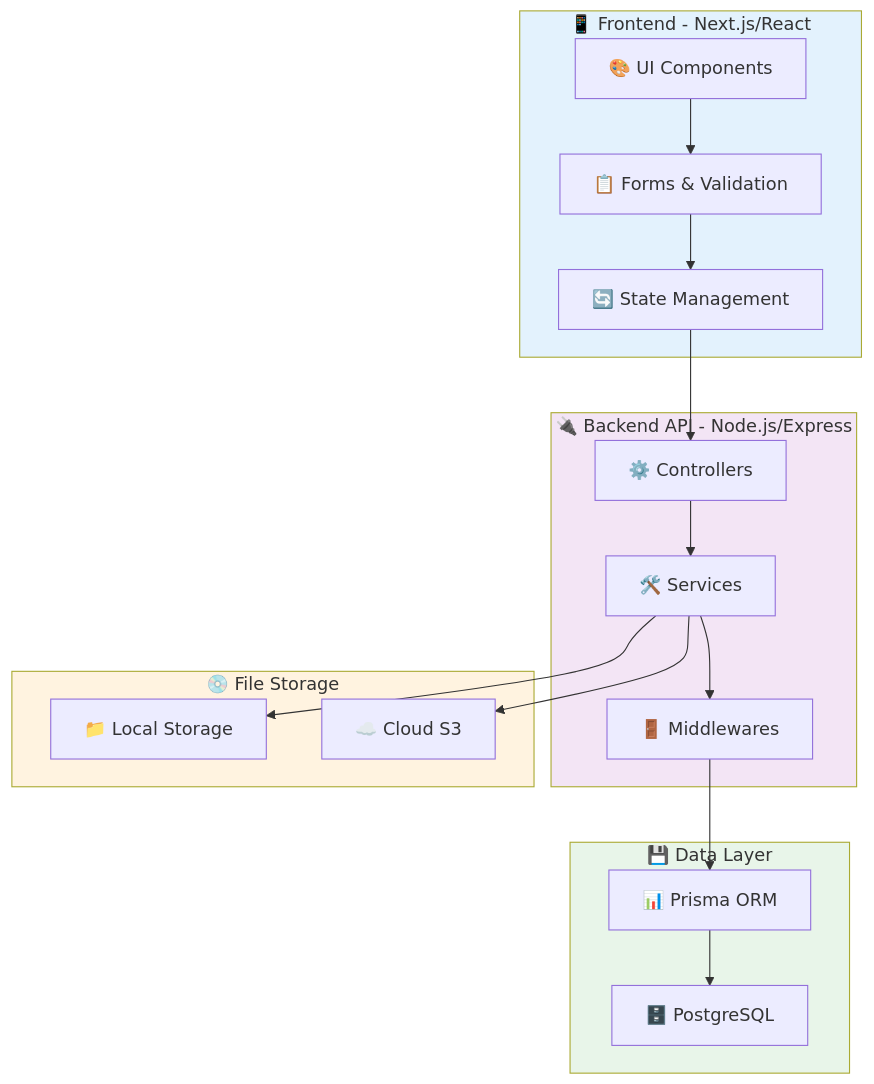
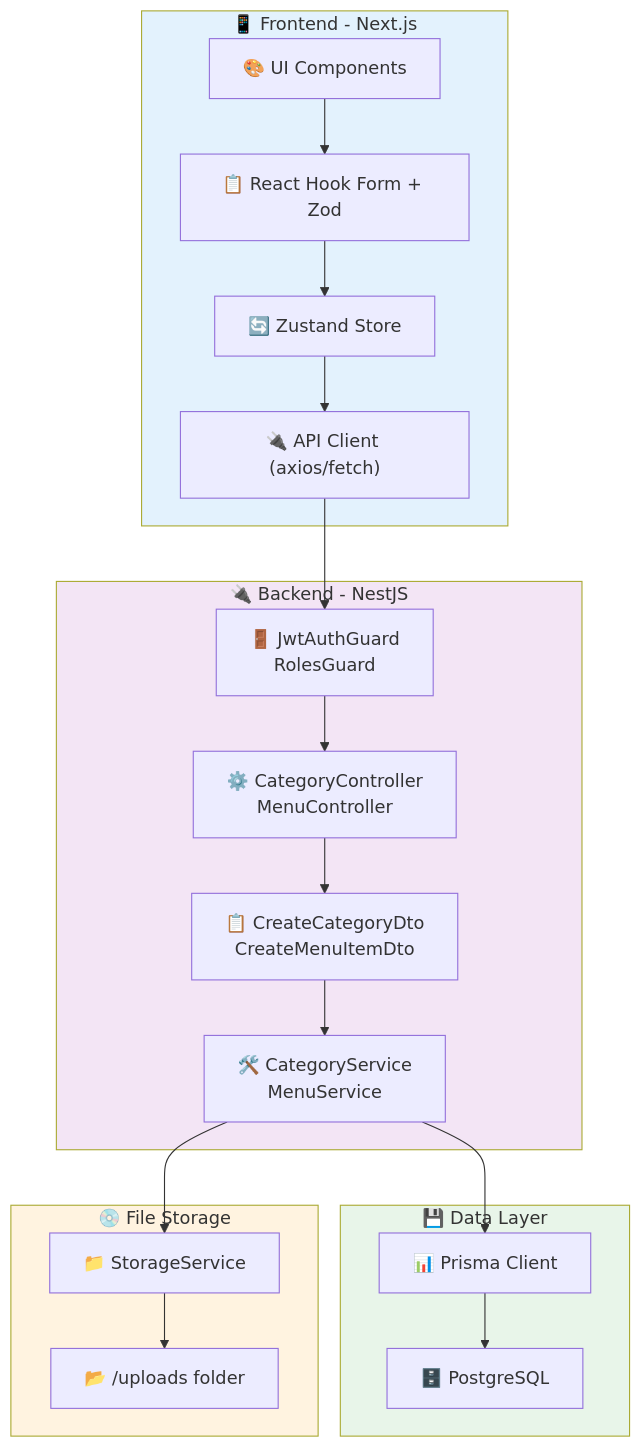
One commit to huy1235588/restaurant-management changed the ninth of 12 diagrams in docs/diagrams/MENU_MANAGEMENT_DIAGRAMS.md. Above: the diagram before and after it, drawn with Mermaid. The commit also changed other lines of this file and 18 other files, not shown here.

Commit message:
Update documentation for Order Management, Reservation Management, and Staff Management modules to reflect real-world implementation as of June 2025. Enhance data structures, API endpoints, and feature descriptions while noting future development plans and integration details.

````diff
--- a/docs/diagrams/MENU_MANAGEMENT_DIAGRAMS.md
+++ b/docs/diagrams/MENU_MANAGEMENT_DIAGRAMS.md
@@ -405,39 +298,43 @@
 ```mermaid
 graph TB
-    subgraph Client["📱 Frontend - Next.js/React"]
+    subgraph Client["📱 Frontend - Next.js"]
         UI["🎨 UI Components"]
-        Forms["📋 Forms & Validation"]
-        State["🔄 State Management"]
+        Forms["📋 React Hook Form + Zod"]
+        State["🔄 Zustand Store"]
+        API_Client["🔌 API Client (axios/fetch)"]
     end
 
-    subgraph API["🔌 Backend API - Node.js/Express"]
-        Controllers["⚙️ Controllers"]
-        Services["🛠️ Services"]
-        Middlewares["🚪 Middlewares"]
+    subgraph Server["🔌 Backend - NestJS"]
+        Controllers["⚙️ CategoryController<br/>MenuController"]
+        Services["🛠️ CategoryService<br/>MenuService"]
+        Guards["🚪 JwtAuthGuard<br/>RolesGuard"]
+        DTOs["📋 CreateCategoryDto<br/>CreateMenuItemDto"]
     end
 
     subgraph Data["💾 Data Layer"]
-        ORM["📊 Prisma ORM"]
+        Prisma["📊 Prisma Client"]
         DB["🗄️ PostgreSQL"]
     end
 
     subgraph Storage["💿 File Storage"]
-        LocalStorage["📁 Local Storage"]
-        CloudStorage["☁️ Cloud S3"]
+        StorageService["📁 StorageService"]
+        Uploads["📂 /uploads folder"]
     end
 
     UI --> Forms
     Forms --> State
-    State --> Controllers
-    Controllers --> Services
-    Services --> Middlewares
-    Middlewares --> ORM
-    ORM --> DB
-    Services --> LocalStorage
-    Services --> CloudStorage
+    State --> API_Client
+    API_Client --> Guards
+    Guards --> Controllers
+    Controllers --> DTOs
+    DTOs --> Services
+    Services --> Prisma
+    Prisma --> DB
+    Services --> StorageService
+    StorageService --> Uploads
 
     style Client fill:#e3f2fd
-    style API fill:#f3e5f5
+    style Server fill:#f3e5f5
     style Data fill:#e8f5e9
     style Storage fill:#fff3e0
 ```
````
